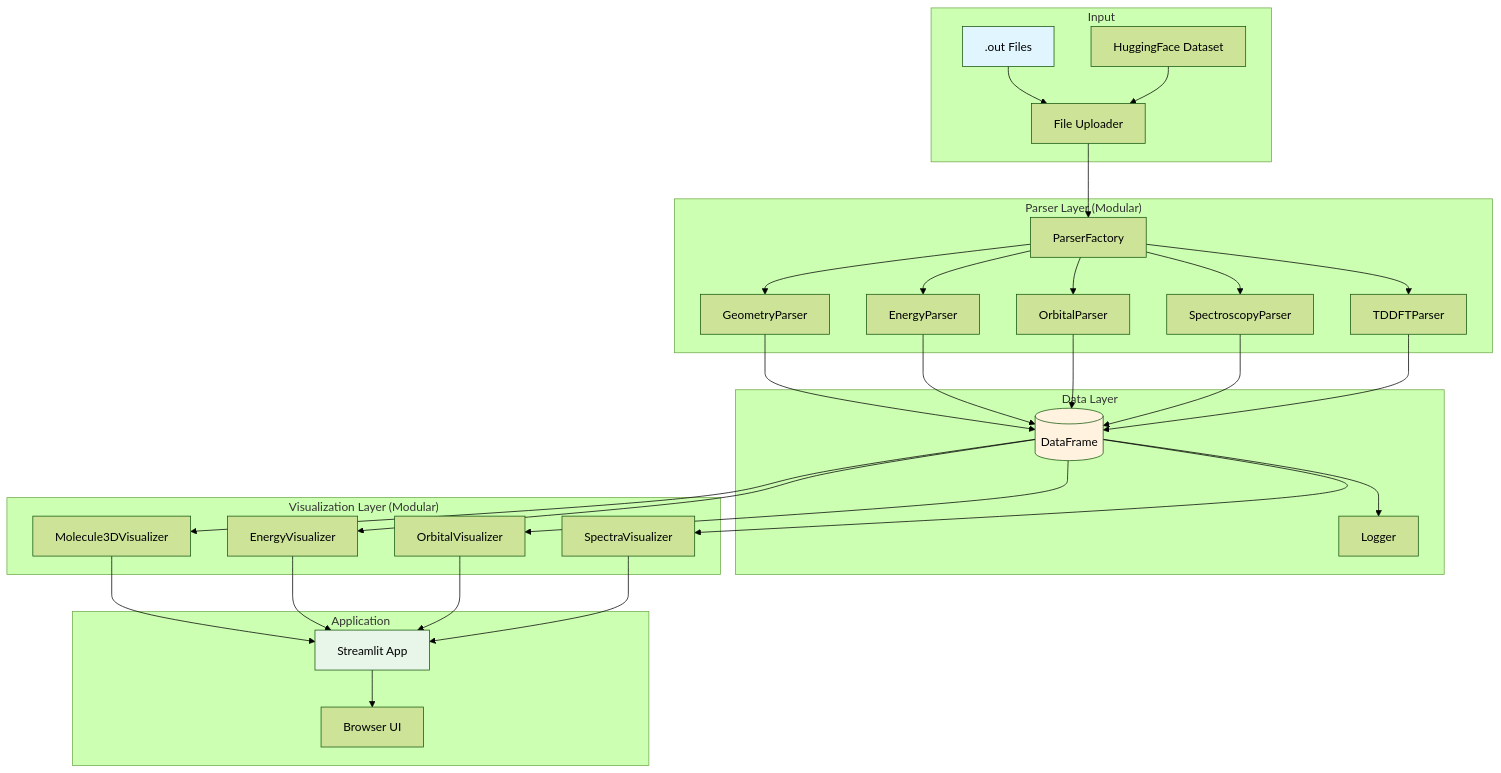
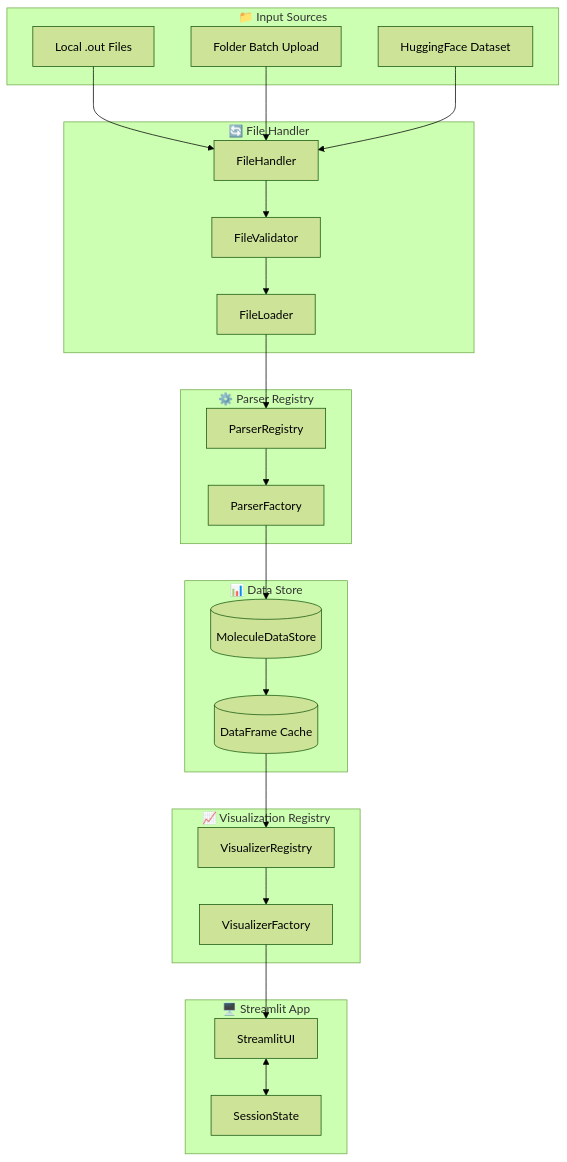
One commit to jauharmz/Orca_Files changed the first of 5 diagrams in README.md. Above: the diagram before and after it, drawn with Mermaid (forest theme). The commit also changed other lines of this file, not shown here.

Commit message:
docs: replace high-level system architecture diagram with multiple detailed diagrams and expand file structure documentation.

````diff
--- a/README.md
+++ b/README.md
@@ -22,44 +24,42 @@
 ```mermaid
 graph TB
-    subgraph Input
-        A[".out Files"] --> B[File Uploader]
-        HF[HuggingFace Dataset] --> B
+    subgraph "📁 Input Sources"
+        F1[Local .out Files]
+        F2[Folder Batch Upload]
+        F3[HuggingFace Dataset]
     end
     
-    subgraph "Parser Layer (Modular)"
-        B --> P[ParserFactory]
-        P --> G[GeometryParser]
-        P --> E[EnergyParser]
-        P --> O[OrbitalParser]
-        P --> S[SpectroscopyParser]
-        P --> T[TDDFTParser]
+    subgraph "🔄 File Handler"
+        FH[FileHandler]
+        FV[FileValidator]
+        FL[FileLoader]
     end
     
-    subgraph "Data Layer"
-        G --> DF[(DataFrame)]
-        E --> DF
-        O --> DF
-        S --> DF
-        T --> DF
-        DF --> LOG[Logger]
+    subgraph "⚙️ Parser Registry"
+        PR[ParserRegistry]
+        PF[ParserFactory]
     end
     
-    subgraph "Visualization Layer (Modular)"
-        DF --> V3D[Molecule3DVisualizer]
-        DF --> VE[EnergyVisualizer]
-        DF --> VO[OrbitalVisualizer]
-        DF --> VS[SpectraVisualizer]
+    subgraph "📊 Data Store"
+        DS[(MoleculeDataStore)]
+        DF[(DataFrame Cache)]
     end
     
-    subgraph "Application"
-        V3D --> ST[Streamlit App]
-        VE --> ST
-        VO --> ST
-        VS --> ST
-        ST --> UI[Browser UI]
+    subgraph "📈 Visualization Registry"
+        VR[VisualizerRegistry]
+        VF[VisualizerFactory]
     end
     
-    style A fill:#e1f5fe
-    style DF fill:#fff3e0
-    style ST fill:#e8f5e9
+    subgraph "🖥️ Streamlit App"
+        UI[StreamlitUI]
+        SS[SessionState]
+    end
+    
+    F1 & F2 & F3 --> FH
+    FH --> FV --> FL
+    FL --> PR --> PF
+    PF --> DS --> DF
+    DF --> VR --> VF
+    VF --> UI
+    UI <--> SS
 ```
````
